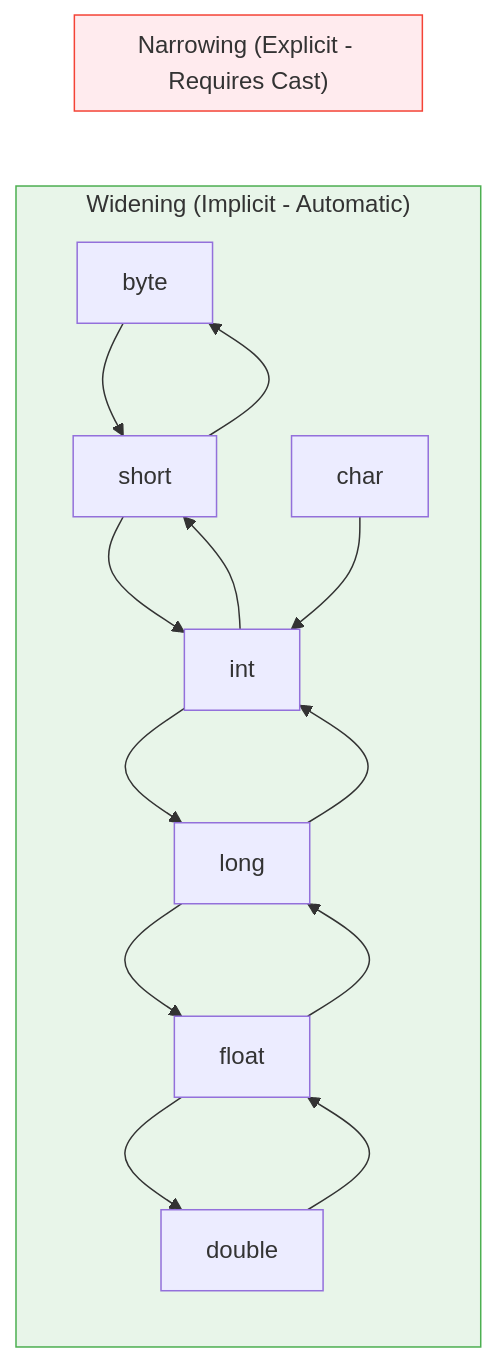
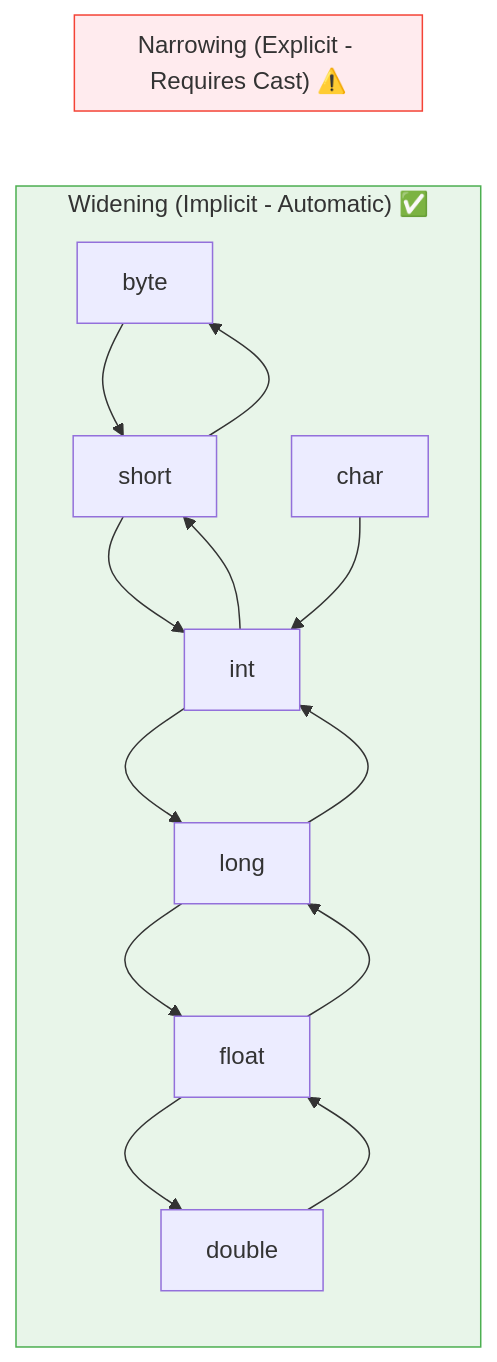
The first of 3 diagrams in src/type_conversions/README.md (Mokshagnatej/Java-course), drawn with Mermaid before and after one commit. The commit also changed other lines of this file and 15 other files, not shown here.

````diff
--- a/src/type_conversions/README.md
+++ b/src/type_conversions/README.md
@@ -43,13 +77,13 @@
 ```mermaid
 flowchart LR
-    subgraph WIDENING["Widening (Implicit - Automatic)"]
+    subgraph WIDENING["Widening (Implicit - Automatic) ✅"]
         byte --> short --> int --> long --> float --> double
         char --> int
     end
-    subgraph NARROWING["Narrowing (Explicit - Requires Cast)"]
+    subgraph NARROWING["Narrowing (Explicit - Requires Cast) ⚠️"]
         double --> float --> long --> int --> short --> byte
     end
 
     style WIDENING fill:#E8F5E9,stroke:#4CAF50
     style NARROWING fill:#FFEBEE,stroke:#F44336
 ```
````
